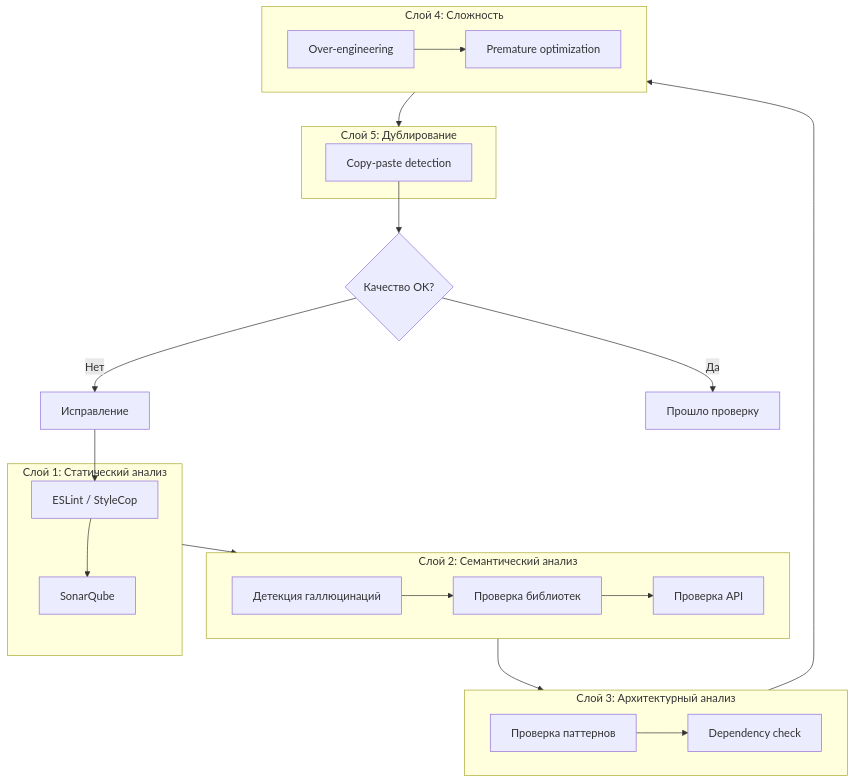
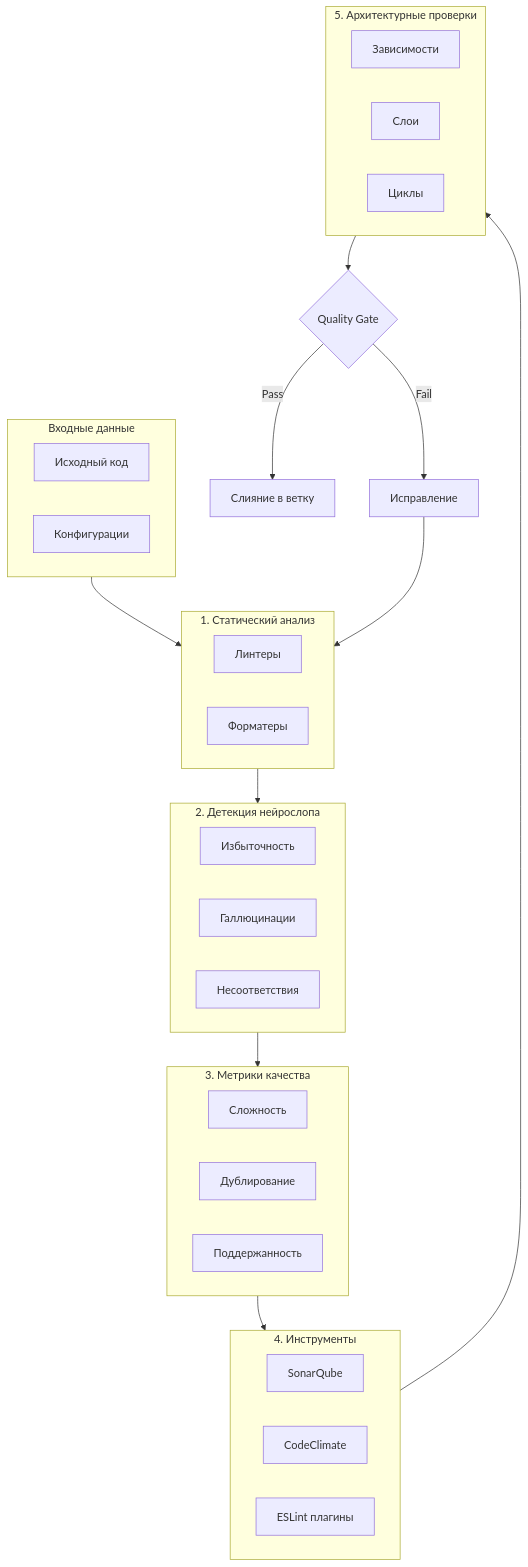
One commit to Goldie228/GoldPC changed the first of 2 diagrams in development-plan/06-quality-checks.md. Above: the diagram before and after it, drawn with Mermaid. The commit also changed other lines of this file and 10 other files, not shown here.

````diff
--- a/development-plan/06-quality-checks.md
+++ b/development-plan/06-quality-checks.md
@@ -29,41 +30,47 @@
 ```mermaid
-flowchart TD
-    subgraph Layer1[Слой 1: Статический анализ]
-        L1A[ESLint / StyleCop]
-        L1B[SonarQube]
-        L1A --> L1B
+flowchart TB
+    subgraph Input[Входные данные]
+        Code[Исходный код]
+        Config[Конфигурации]
     end
     
-    subgraph Layer2[Слой 2: Семантический анализ]
-        L2A[Детекция галлюцинаций]
-        L2B[Проверка библиотек]
-        L2C[Проверка API]
-        L2A --> L2B --> L2C
+    subgraph StaticAnalysis[1. Статический анализ]
+        Linters[Линтеры]
+        Formatters[Форматеры]
     end
     
-    subgraph Layer3[Слой 3: Архитектурный анализ]
-        L3A[Проверка паттернов]
-        L3B[Dependency check]
-        L3A --> L3B
+    subgraph NeuroslopDetection[2. Детекция нейрослопа]
+        Redundancy[Избыточность]
+        Hallucinations[Галлюцинации]
+        Inconsistencies[Несоответствия]
     end
     
-    subgraph Layer4[Слой 4: Сложность]
-        L4A[Over-engineering]
-        L4B[Premature optimization]
-        L4A --> L4B
+    subgraph Metrics[3. Метрики качества]
+        Complexity[Сложность]
+        Duplication[Дублирование]
+        Maintainability[Поддержанность]
     end
     
-    subgraph Layer5[Слой 5: Дублирование]
-        L5A[Copy-paste detection]
+    subgraph Tools[4. Инструменты]
+        SonarQube[SonarQube]
+        CodeClimate[CodeClimate]
+        ESLint[ESLint плагины]
     end
     
-    Layer1 --> Layer2
-    Layer2 --> Layer3
-    Layer3 --> Layer4
-    Layer4 --> Layer5
+    subgraph Architecture[5. Архитектурные проверки]
+        Dependencies[Зависимости]
+        Layers[Слои]
+        Cycles[Циклы]
+    end
     
-    L5A --> Decision{Качество OK?}
-    Decision -- Нет --> Fix[Исправление]
-    Fix --> L1A
-    Decision -- Да --> Pass[Прошло проверку]
+    Input --> StaticAnalysis
+    StaticAnalysis --> NeuroslopDetection
+    NeuroslopDetection --> Metrics
+    Metrics --> Tools
+    Tools --> Architecture
+    
+    Architecture --> Gate{Quality Gate}
+    Gate -- Pass --> Merge[Слияние в ветку]
+    Gate -- Fail --> Fix[Исправление]
+    Fix --> StaticAnalysis
 ```
````
